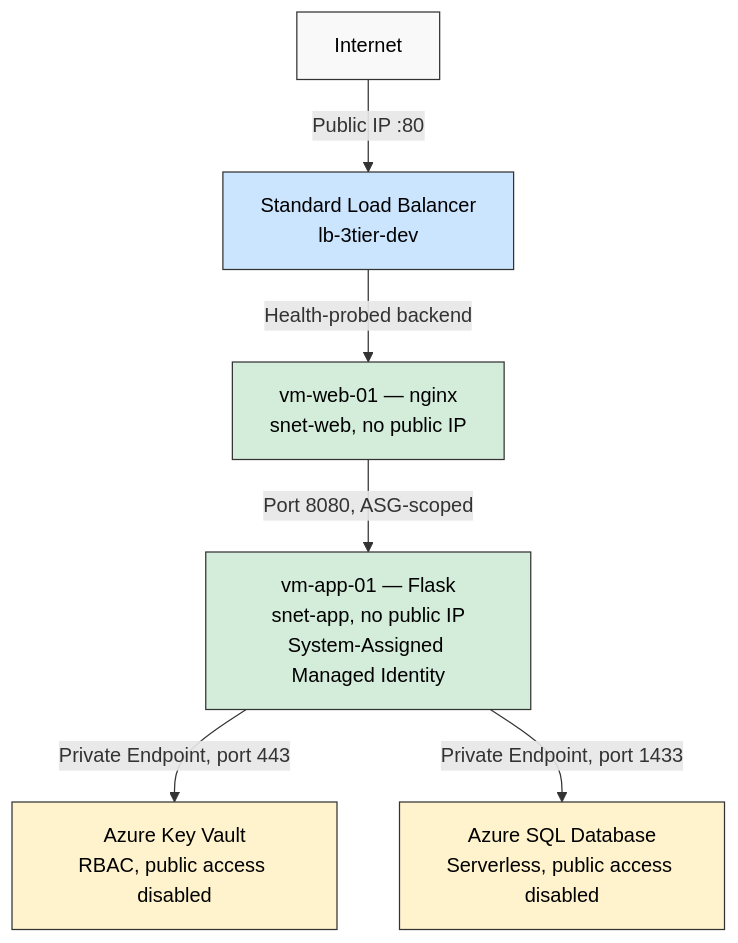
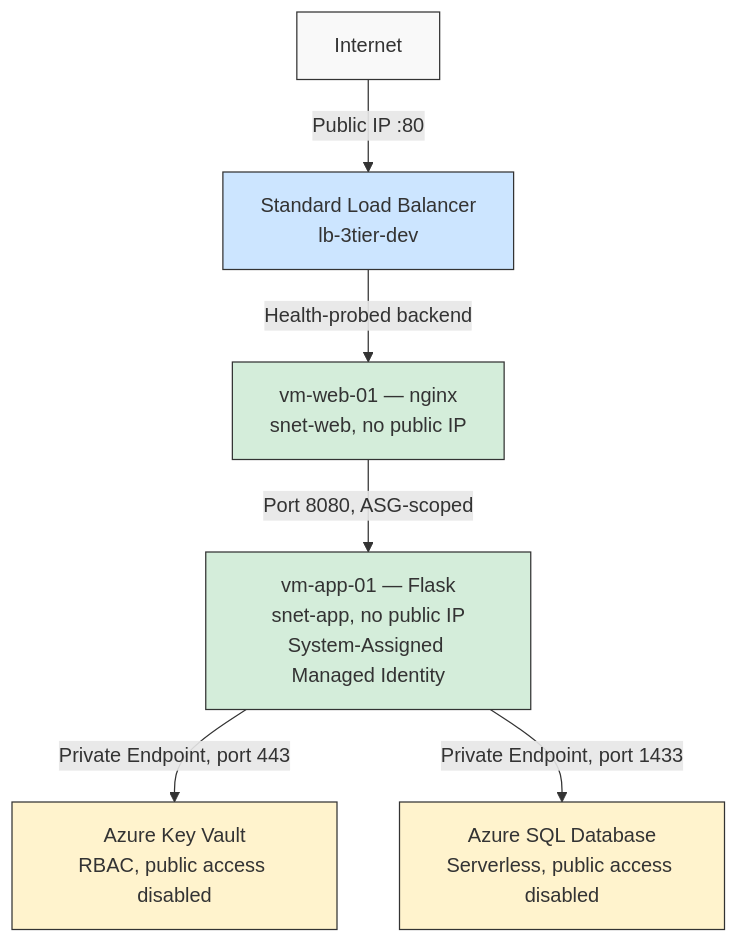
Before and after one commit to bryancalderon1001-ctrl/azure-3tier-network-architecture: the diagram in README.md, drawn with Mermaid. The commit also changed other lines of this file, not shown here.

````diff
--- a/README.md
+++ b/README.md
@@ -24,15 +44,15 @@
 ```mermaid
 graph TD
     Internet["Internet"] -->|"Public IP :80"| LB["Standard Load Balancer<br/>lb-3tier-dev"]
     LB -->|"Health-probed backend"| WebVM["vm-web-01 — nginx<br/>snet-web, no public IP"]
     WebVM -->|"Port 8080, ASG-scoped"| AppVM["vm-app-01 — Flask<br/>snet-app, no public IP<br/>System-Assigned Managed Identity"]
     AppVM -->|"Private Endpoint, port 443"| KV["Azure Key Vault<br/>RBAC, public access disabled"]
     AppVM -->|"Private Endpoint, port 1433"| SQL["Azure SQL Database<br/>Serverless, public access disabled"]
 
-    style Internet fill:#f9f9f9,stroke:#333,color:#000
-    style LB fill:#cce5ff,stroke:#333,color:#000
-    style WebVM fill:#d4edda,stroke:#333,color:#000
-    style AppVM fill:#d4edda,stroke:#333,color:#000
-    style KV fill:#fff3cd,stroke:#333,color:#000
-    style SQL fill:#fff3cd,stroke:#333,color:#000
+    style Internet fill:#f9f9f9,stroke:#333
+    style LB fill:#cce5ff,stroke:#333
+    style WebVM fill:#d4edda,stroke:#333
+    style AppVM fill:#d4edda,stroke:#333
+    style KV fill:#fff3cd,stroke:#333
+    style SQL fill:#fff3cd,stroke:#333
 ```
````
